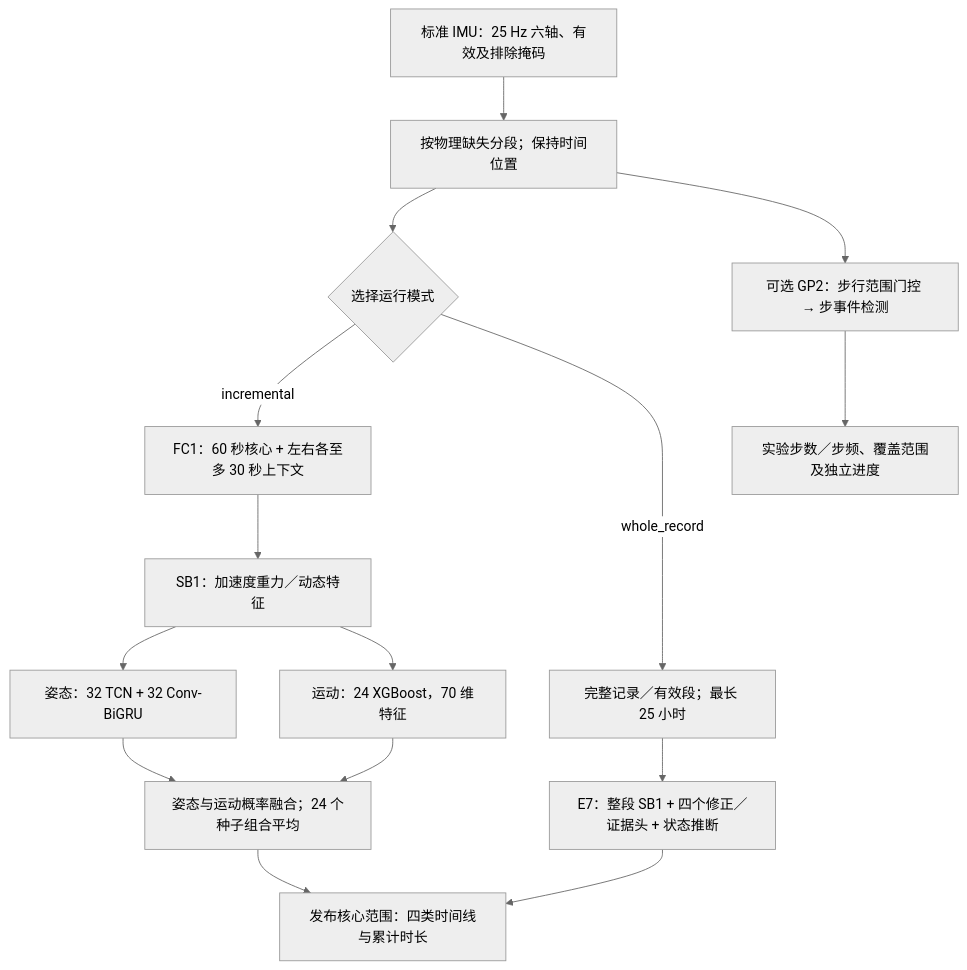
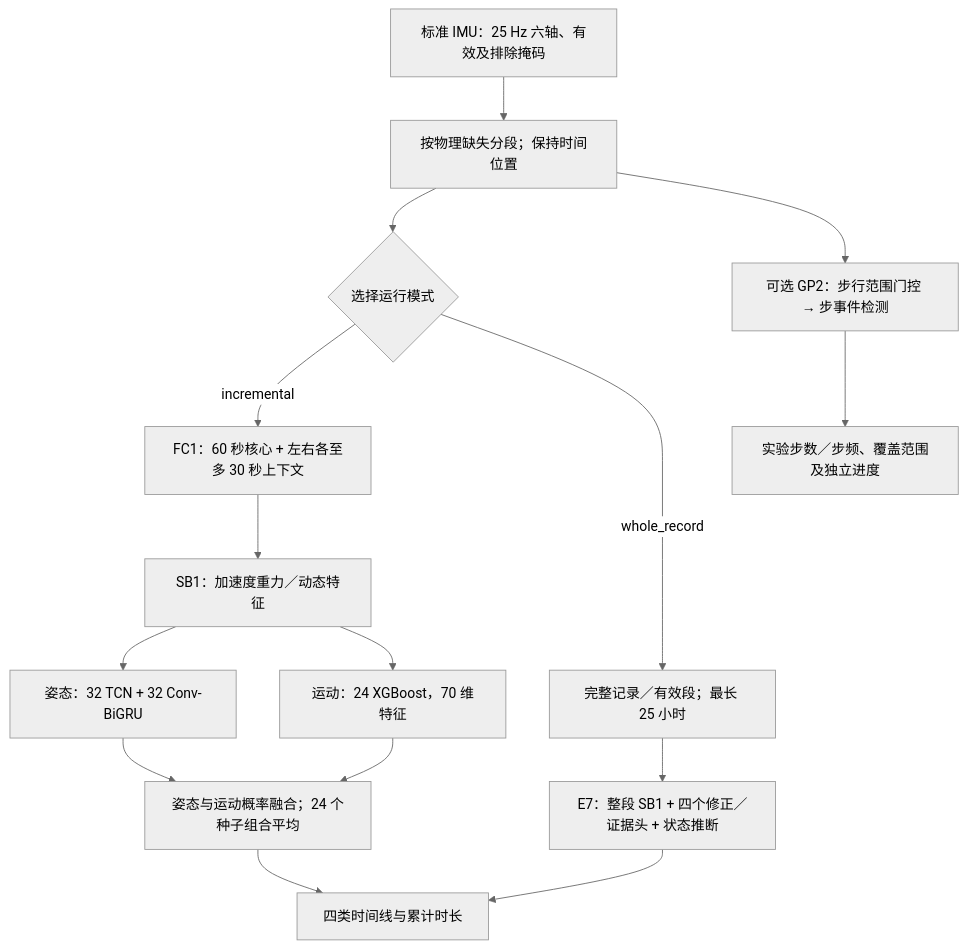
One commit to Kscii/imu-inference changed the first of 2 diagrams in docs/model.md. Above: the diagram before and after it, drawn with Mermaid (neutral theme). The commit also changed other lines of this file and 15 other files, not shown here.

````diff
--- a/docs/model.md
+++ b/docs/model.md
@@ -27,17 +36,17 @@
 ```mermaid
 flowchart TD
     I["标准 IMU：25 Hz 六轴、有效及排除掩码"] --> V["按物理缺失分段；保持时间位置"]
     V --> C{"选择运行模式"}
     C -->|incremental| F["FC1：60 秒核心 + 左右各至多 30 秒上下文"]
     C -->|whole_record| W["完整记录／有效段；最长 25 小时"]
     F --> A["SB1：加速度重力／动态特征"]
     A --> N["姿态：32 TCN + 32 Conv-BiGRU"]
     A --> P["运动：24 XGBoost，70 维特征"]
     N --> M["姿态与运动概率融合；24 个种子组合平均"]
     P --> M
-    M --> O["发布核心范围：四类时间线与累计时长"]
+    M --> O["四类时间线与累计时长"]
     W --> E["E7：整段 SB1 + 四个修正／证据头 + 状态推断"]
     E --> O
     V --> G["可选 GP2：步行范围门控 → 步事件检测"]
     G --> S["实验步数／步频、覆盖范围及独立进度"]
 ```
````
